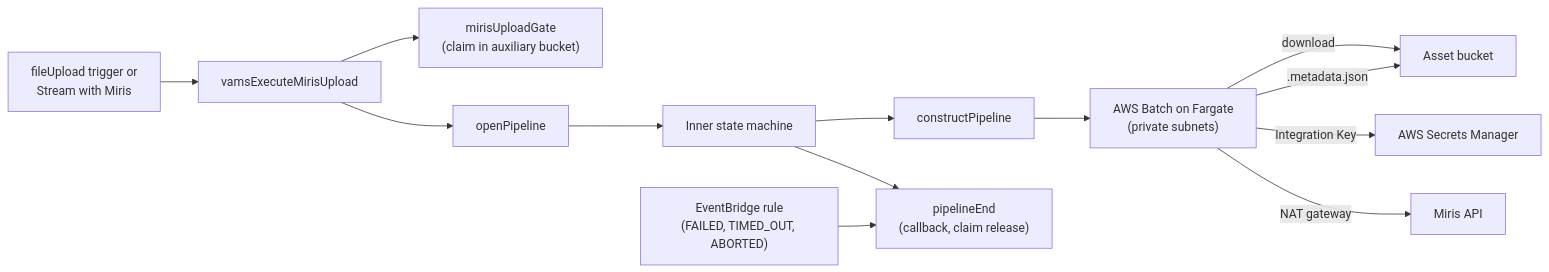
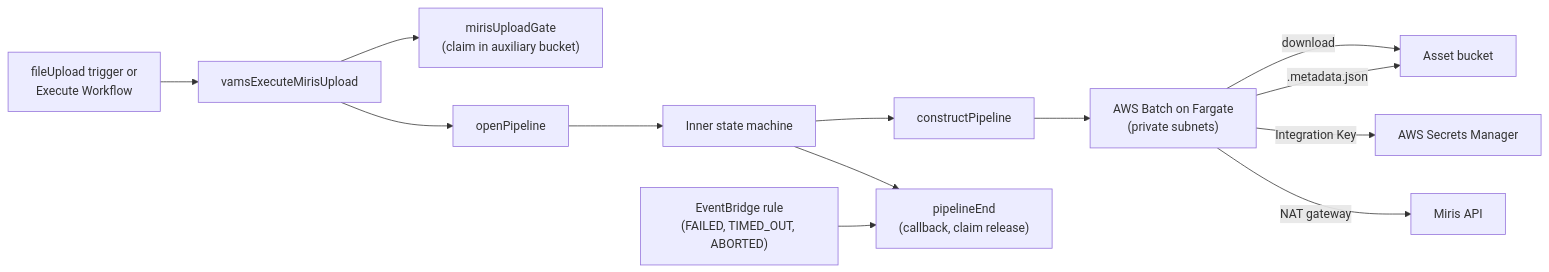
The diagram in documentation/docusaurus-site/docs/pipelines/miris-upload.md (kellan-cartledge-miris/visual-asset-management-system), drawn with Mermaid before and after one commit. The commit also changed other lines of this file and 9 other files, not shown here.

First line of the commit message:
docs(miris): name the Miris Spatial Streaming Upload workflow in run instructions

````diff
--- a/documentation/docusaurus-site/docs/pipelines/miris-upload.md
+++ b/documentation/docusaurus-site/docs/pipelines/miris-upload.md
@@ -154,15 +154,15 @@
 ```mermaid
 flowchart LR
-    TRIG["fileUpload trigger or<br/>Stream with Miris"] --> VE["vamsExecuteMirisUpload"]
+    TRIG["fileUpload trigger or<br/>Execute Workflow"] --> VE["vamsExecuteMirisUpload"]
     VE --> GATE["mirisUploadGate<br/>(claim in auxiliary bucket)"]
     VE --> OPEN["openPipeline"]
     OPEN --> SFN["Inner state machine"]
     SFN --> CP["constructPipeline"]
     CP --> BATCH["AWS Batch on Fargate<br/>(private subnets)"]
     BATCH -->|download| S3["Asset bucket"]
     BATCH -->|Integration Key| SM["AWS Secrets Manager"]
     BATCH -->|NAT gateway| MIRIS["Miris API"]
     BATCH -->|.metadata.json| S3
     SFN --> END["pipelineEnd<br/>(callback, claim release)"]
     EB["EventBridge rule<br/>(FAILED, TIMED_OUT, ABORTED)"] --> END
 ```
````
